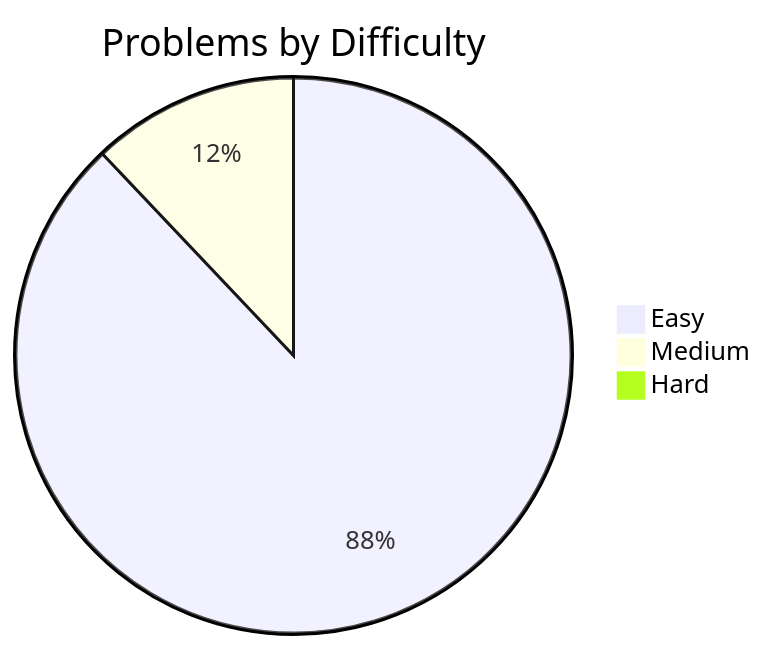
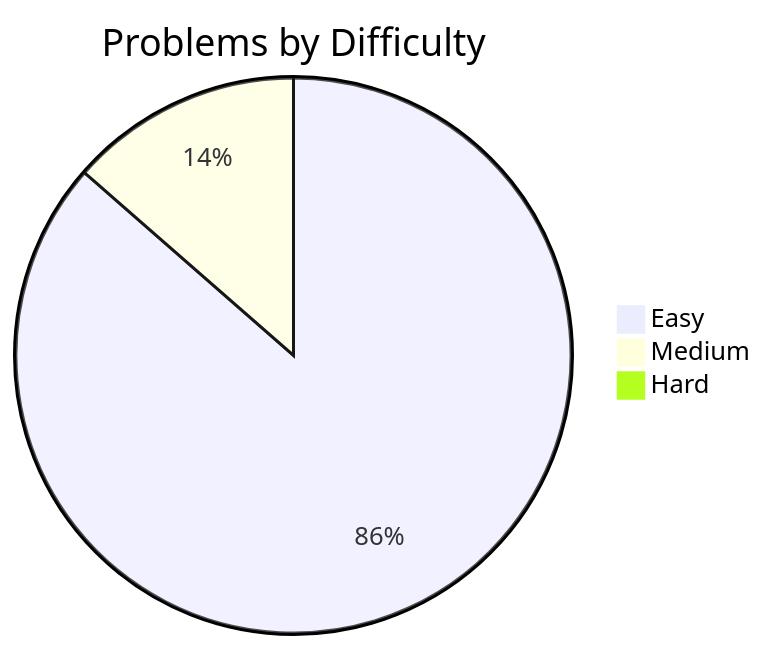
One commit to davelin18yufan/leetcode-journal changed the diagram in README.md. Above: the diagram before and after it, drawn with Mermaid. The commit also changed other lines of this file and 4 other files, not shown here.

````diff
--- a/README.md
+++ b/README.md
@@ -7,7 +7,7 @@
 ```mermaid
 pie
     title Problems by Difficulty
     "Easy" : 51
-    "Medium" : 7
+    "Medium" : 8
     "Hard" : 0
 ```
````
